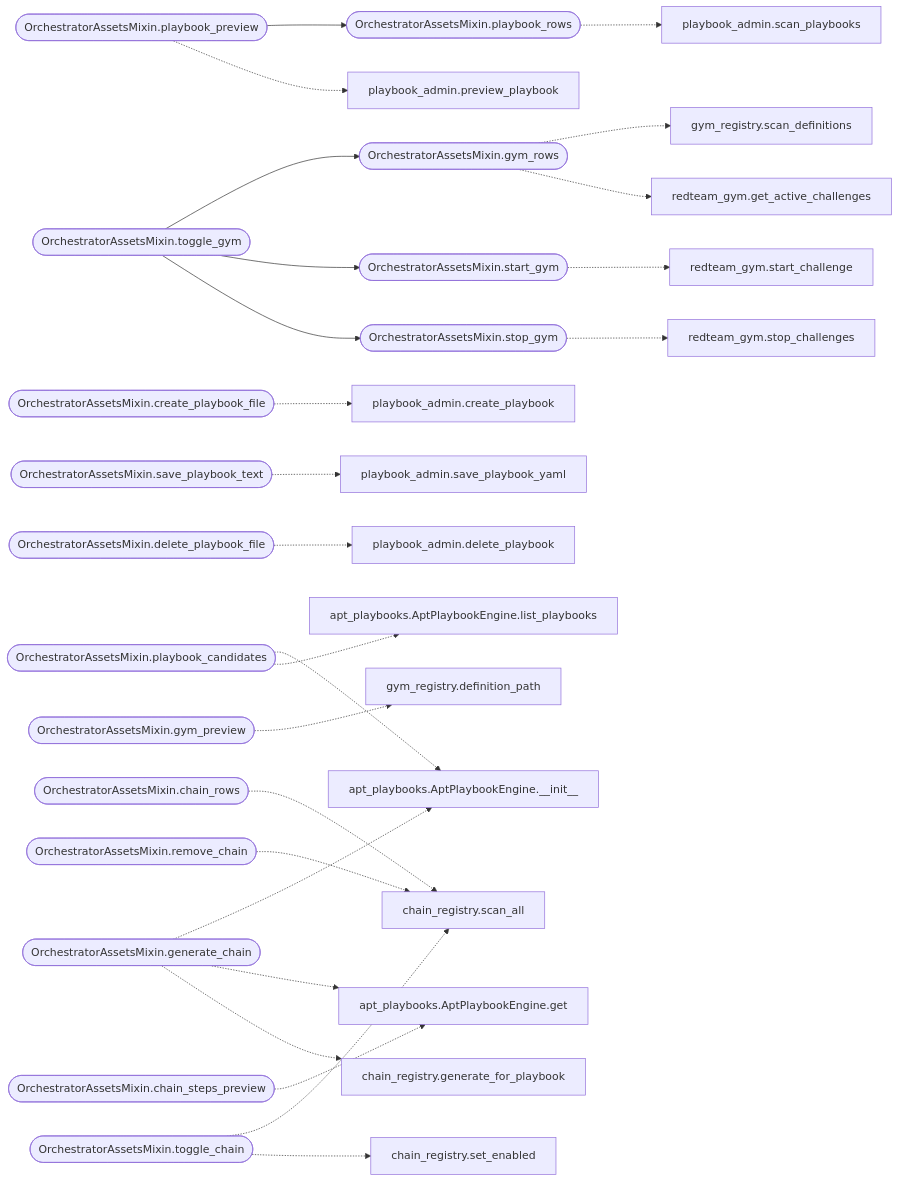
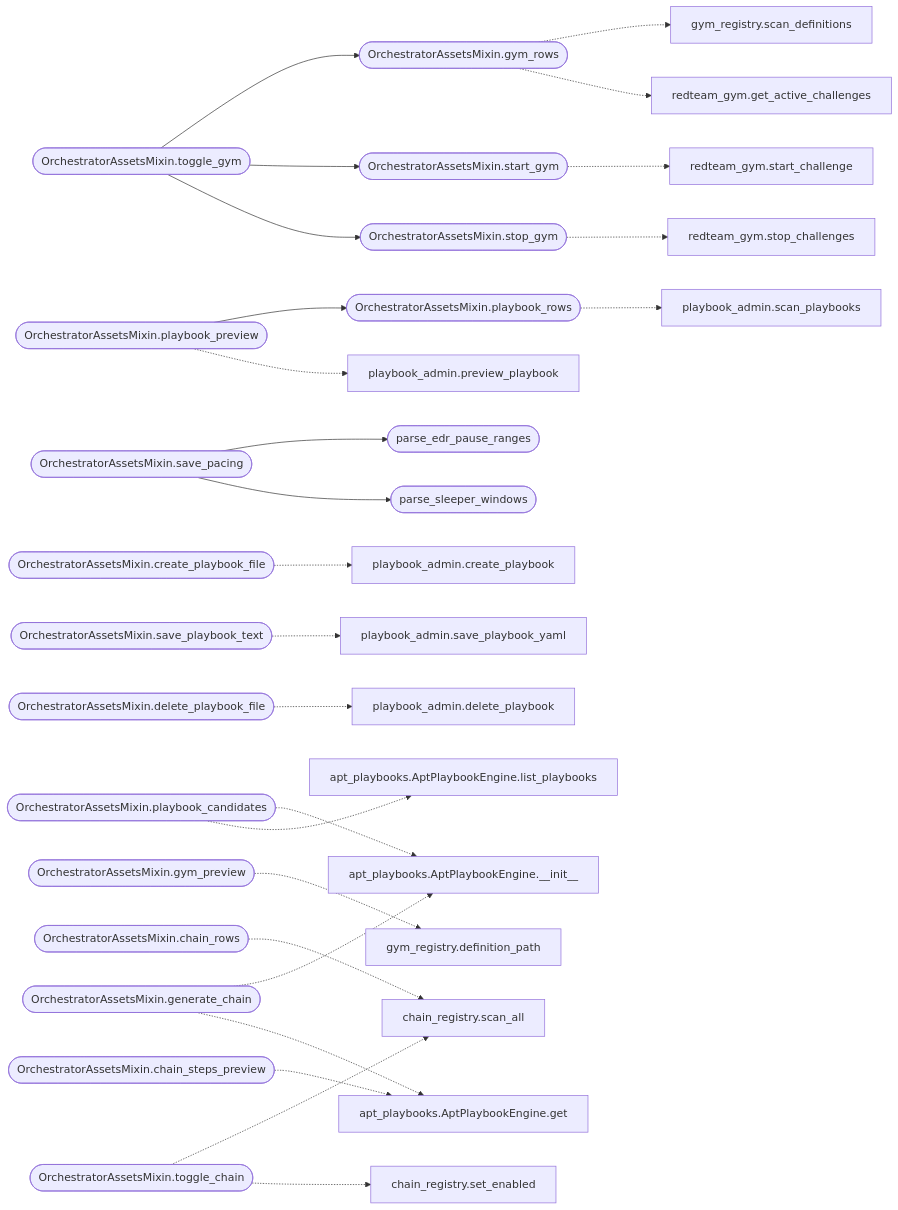
One commit to grisuno/LazyOwn changed the second of 2 diagrams in readmenator-apidocs/modules/cli.orchestrator_assets_tabs.py.md. Above: the diagram before and after it, drawn with Mermaid. The commit also changed other lines of this file and 768 other files, not shown here.

````diff
--- a/readmenator-apidocs/modules/cli.orchestrator_assets_tabs.py.md
+++ b/readmenator-apidocs/modules/cli.orchestrator_assets_tabs.py.md
@@ -58,59 +59,60 @@
 ```mermaid
 flowchart LR
     n_cli_orchestrator_assets_tabs_py__OrchestratorAssetsMixin_playbook_preview(["OrchestratorAssetsMixin.playbook_preview"])
     n_cli_orchestrator_assets_tabs_py__OrchestratorAssetsMixin_playbook_rows(["OrchestratorAssetsMixin.playbook_rows"])
     n_cli_orchestrator_assets_tabs_py__OrchestratorAssetsMixin_toggle_gym(["OrchestratorAssetsMixin.toggle_gym"])
     n_cli_orchestrator_assets_tabs_py__OrchestratorAssetsMixin_gym_rows(["OrchestratorAssetsMixin.gym_rows"])
     n_cli_orchestrator_assets_tabs_py__OrchestratorAssetsMixin_start_gym(["OrchestratorAssetsMixin.start_gym"])
     n_cli_orchestrator_assets_tabs_py__OrchestratorAssetsMixin_stop_gym(["OrchestratorAssetsMixin.stop_gym"])
+    n_cli_orchestrator_assets_tabs_py__OrchestratorAssetsMixin_save_pacing(["OrchestratorAssetsMixin.save_pacing"])
+    n_cli_orchestrator_assets_tabs_py__parse_edr_pause_ranges(["parse_edr_pause_ranges"])
+    n_cli_orchestrator_assets_tabs_py__parse_sleeper_windows(["parse_sleeper_windows"])
     n_modules_playbook_admin_py__scan_playbooks["playbook_admin.scan_playbooks"]
     n_modules_playbook_admin_py__preview_playbook["playbook_admin.preview_playbook"]
     n_cli_orchestrator_assets_tabs_py__OrchestratorAssetsMixin_create_playbook_file(["OrchestratorAssetsMixin.create_playbook_file"])
     n_modules_playbook_admin_py__create_playbook["playbook_admin.create_playbook"]
     n_cli_orchestrator_assets_tabs_py__OrchestratorAssetsMixin_save_playbook_text(["OrchestratorAssetsMixin.save_playbook_text"])
     n_modules_playbook_admin_py__save_playbook_yaml["playbook_admin.save_playbook_yaml"]
     n_cli_orchestrator_assets_tabs_py__OrchestratorAssetsMixin_delete_playbook_file(["OrchestratorAssetsMixin.delete_playbook_file"])
     n_modules_playbook_admin_py__delete_playbook["playbook_admin.delete_playbook"]
     n_cli_orchestrator_assets_tabs_py__OrchestratorAssetsMixin_playbook_candidates(["OrchestratorAssetsMixin.playbook_candidates"])
     n_modules_apt_playbooks_py__AptPlaybookEngine___init__["apt_playbooks.AptPlaybookEngine.__init__"]
     n_modules_apt_playbooks_py__AptPlaybookEngine_list_playbooks["apt_playbooks.AptPlaybookEngine.list_playbooks"]
     n_modules_gym_registry_py__scan_definitions["gym_registry.scan_definitions"]
     n_modules_redteam_gym_py__get_active_challenges["redteam_gym.get_active_challenges"]
     n_cli_orchestrator_assets_tabs_py__OrchestratorAssetsMixin_gym_preview(["OrchestratorAssetsMixin.gym_preview"])
     n_modules_gym_registry_py__definition_path["gym_registry.definition_path"]
     n_modules_redteam_gym_py__start_challenge["redteam_gym.start_challenge"]
     n_modules_redteam_gym_py__stop_challenges["redteam_gym.stop_challenges"]
     n_cli_orchestrator_assets_tabs_py__OrchestratorAssetsMixin_chain_rows(["OrchestratorAssetsMixin.chain_rows"])
     n_modules_chain_registry_py__scan_all["chain_registry.scan_all"]
     n_cli_orchestrator_assets_tabs_py__OrchestratorAssetsMixin_chain_steps_preview(["OrchestratorAssetsMixin.chain_steps_preview"])
     n_modules_apt_playbooks_py__AptPlaybookEngine_get["apt_playbooks.AptPlaybookEngine.get"]
     n_cli_orchestrator_assets_tabs_py__OrchestratorAssetsMixin_toggle_chain(["OrchestratorAssetsMixin.toggle_chain"])
     n_modules_chain_registry_py__set_enabled["chain_registry.set_enabled"]
     n_cli_orchestrator_assets_tabs_py__OrchestratorAssetsMixin_generate_chain(["OrchestratorAssetsMixin.generate_chain"])
-    n_modules_chain_registry_py__generate_for_playbook["chain_registry.generate_for_playbook"]
-    n_cli_orchestrator_assets_tabs_py__OrchestratorAssetsMixin_remove_chain(["OrchestratorAssetsMixin.remove_chain"])
     n_cli_orchestrator_assets_tabs_py__OrchestratorAssetsMixin_playbook_preview --> n_cli_orchestrator_assets_tabs_py__OrchestratorAssetsMixin_playbook_rows
     n_cli_orchestrator_assets_tabs_py__OrchestratorAssetsMixin_toggle_gym --> n_cli_orchestrator_assets_tabs_py__OrchestratorAssetsMixin_gym_rows
     n_cli_orchestrator_assets_tabs_py__OrchestratorAssetsMixin_toggle_gym --> n_cli_orchestrator_assets_tabs_py__OrchestratorAssetsMixin_start_gym
     n_cli_orchestrator_assets_tabs_py__OrchestratorAssetsMixin_toggle_gym --> n_cli_orchestrator_assets_tabs_py__OrchestratorAssetsMixin_stop_gym
+    n_cli_orchestrator_assets_tabs_py__OrchestratorAssetsMixin_save_pacing --> n_cli_orchestrator_assets_tabs_py__parse_edr_pause_ranges
+    n_cli_orchestrator_assets_tabs_py__OrchestratorAssetsMixin_save_pacing --> n_cli_orchestrator_assets_tabs_py__parse_sleeper_windows
     n_cli_orchestrator_assets_tabs_py__OrchestratorAssetsMixin_playbook_rows -.-> n_modules_playbook_admin_py__scan_playbooks
     n_cli_orchestrator_assets_tabs_py__OrchestratorAssetsMixin_playbook_preview -.-> n_modules_playbook_admin_py__preview_playbook
     n_cli_orchestrator_assets_tabs_py__OrchestratorAssetsMixin_create_playbook_file -.-> n_modules_playbook_admin_py__create_playbook
     n_cli_orchestrator_assets_tabs_py__OrchestratorAssetsMixin_save_playbook_text -.-> n_modules_playbook_admin_py__save_playbook_yaml
     n_cli_orchestrator_assets_tabs_py__OrchestratorAssetsMixin_delete_playbook_file -.-> n_modules_playbook_admin_py__delete_playbook
     n_cli_orchestrator_assets_tabs_py__OrchestratorAssetsMixin_playbook_candidates -.-> n_modules_apt_playbooks_py__AptPlaybookEngine___init__
     n_cli_orchestrator_assets_tabs_py__OrchestratorAssetsMixin_playbook_candidates -.-> n_modules_apt_playbooks_py__AptPlaybookEngine_list_playbooks
     n_cli_orchestrator_assets_tabs_py__OrchestratorAssetsMixin_gym_rows -.-> n_modules_gym_registry_py__scan_definitions
     n_cli_orchestrator_assets_tabs_py__OrchestratorAssetsMixin_gym_rows -.-> n_modules_redteam_gym_py__get_active_challenges
     n_cli_orchestrator_assets_tabs_py__OrchestratorAssetsMixin_gym_preview -.-> n_modules_gym_registry_py__definition_path
     n_cli_orchestrator_assets_tabs_py__OrchestratorAssetsMixin_start_gym -.-> n_modules_redteam_gym_py__start_challenge
     n_cli_orchestrator_assets_tabs_py__OrchestratorAssetsMixin_stop_gym -.-> n_modules_redteam_gym_py__stop_challenges
     n_cli_orchestrator_assets_tabs_py__OrchestratorAssetsMixin_chain_rows -.-> n_modules_chain_registry_py__scan_all
     n_cli_orchestrator_assets_tabs_py__OrchestratorAssetsMixin_chain_steps_preview -.-> n_modules_apt_playbooks_py__AptPlaybookEngine_get
     n_cli_orchestrator_assets_tabs_py__OrchestratorAssetsMixin_toggle_chain -.-> n_modules_chain_registry_py__scan_all
     n_cli_orchestrator_assets_tabs_py__OrchestratorAssetsMixin_toggle_chain -.-> n_modules_chain_registry_py__set_enabled
     n_cli_orchestrator_assets_tabs_py__OrchestratorAssetsMixin_generate_chain -.-> n_modules_apt_playbooks_py__AptPlaybookEngine___init__
     n_cli_orchestrator_assets_tabs_py__OrchestratorAssetsMixin_generate_chain -.-> n_modules_apt_playbooks_py__AptPlaybookEngine_get
-    n_cli_orchestrator_assets_tabs_py__OrchestratorAssetsMixin_generate_chain -.-> n_modules_chain_registry_py__generate_for_playbook
-    n_cli_orchestrator_assets_tabs_py__OrchestratorAssetsMixin_remove_chain -.-> n_modules_chain_registry_py__scan_all
 ```
````
